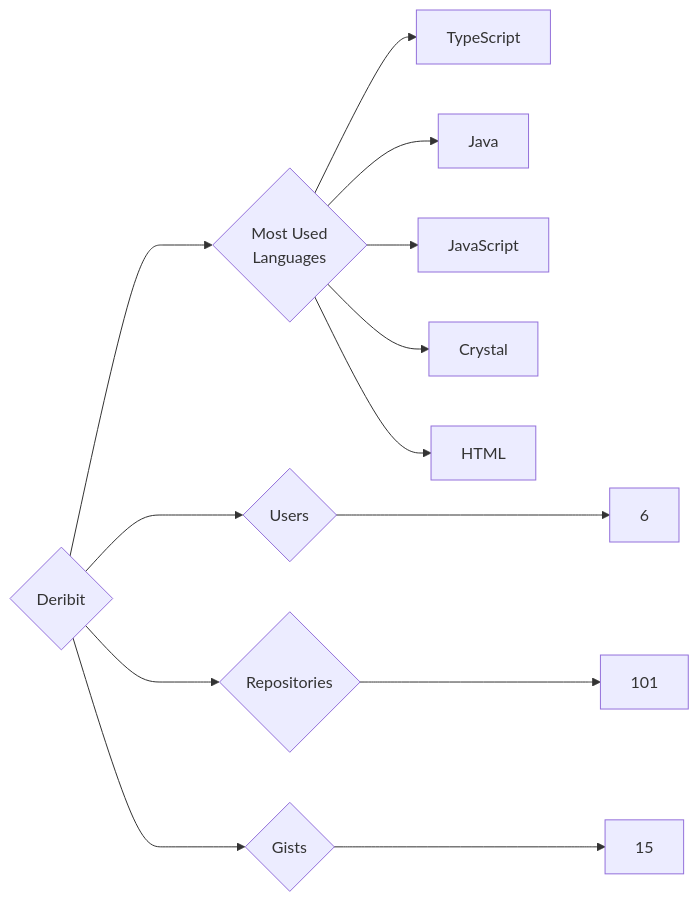
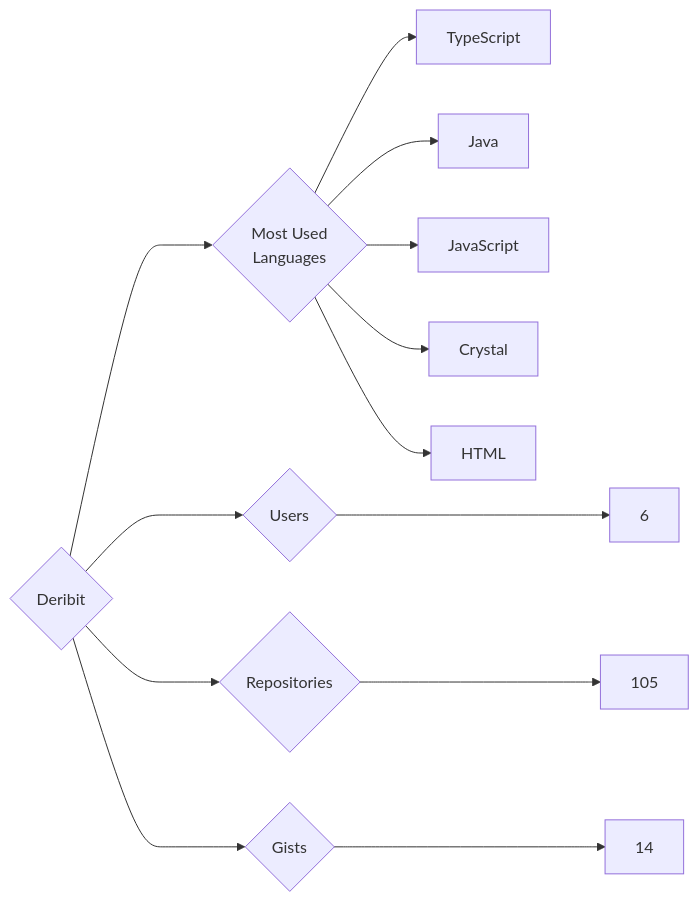
One commit to trickest/insiders changed the diagram in targets/Deribit/README.md. Above: the diagram before and after it, drawn with Mermaid. The commit also changed 640 other files, not shown here.

````diff
--- a/targets/Deribit/README.md
+++ b/targets/Deribit/README.md
@@ -3,13 +3,13 @@
 ```mermaid
 graph LR
 COMPANY_NAME{Deribit}
 COMPANY_NAME ---> U{Users} ---> UN[6]
-COMPANY_NAME ---> R{Repositories} ---> RN[101]
-COMPANY_NAME ---> G{Gists} ---> GN[15]
+COMPANY_NAME ---> R{Repositories} ---> RN[105]
+COMPANY_NAME ---> G{Gists} ---> GN[14]
 COMPANY_NAME ---> ML{Most Used<br>Languages}
 ML --> TypeScript[TypeScript]
 ML --> Java[Java]
 ML --> JavaScript[JavaScript]
 ML --> Crystal[Crystal]
 ML --> HTML[HTML]
 ```
````
